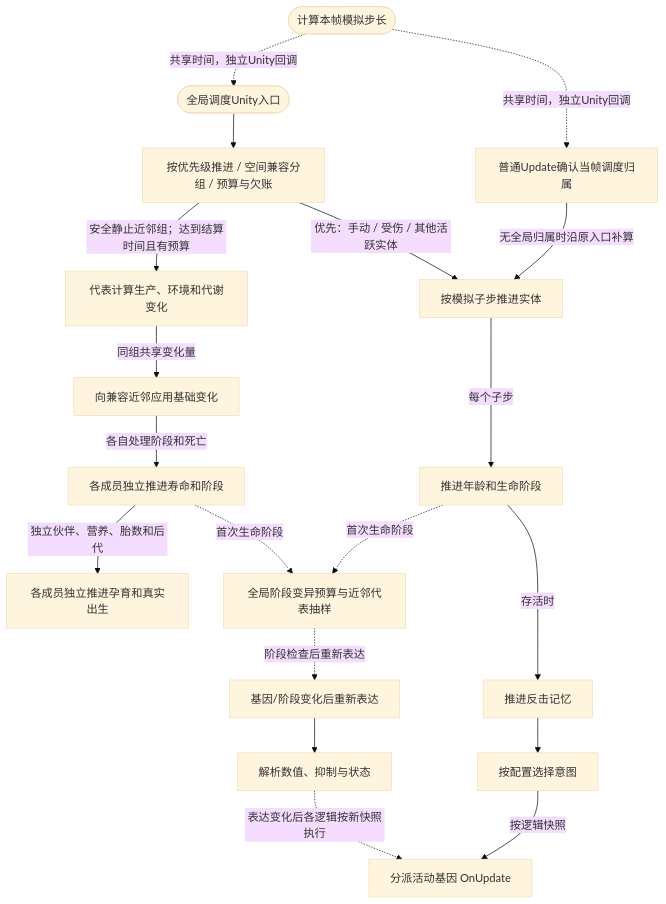
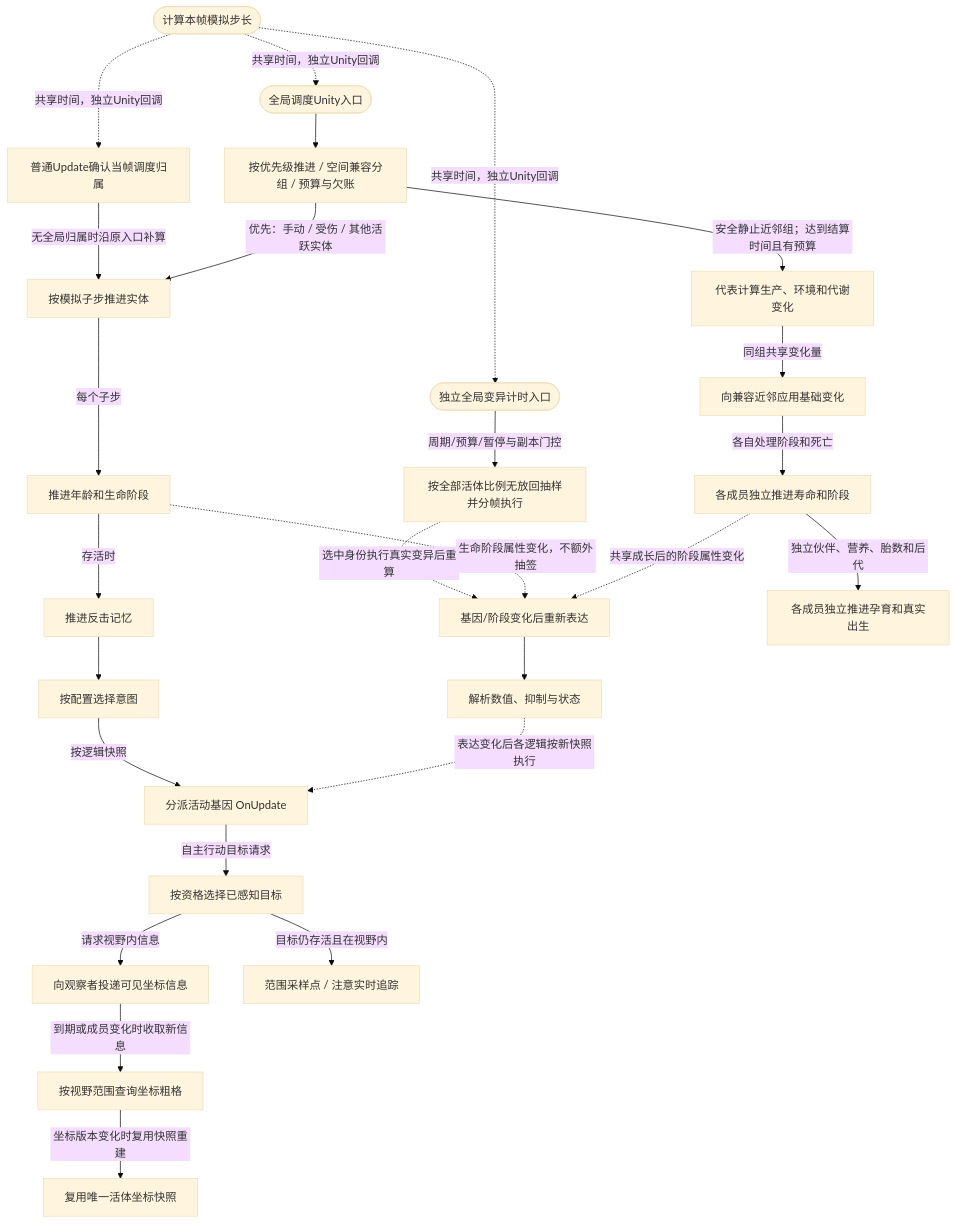
Before and after one commit to xhs6666/Darwin_paradise: the third of 12 diagrams in Docs/运行流程图/主流程.md, drawn with Mermaid (base theme). The commit also changed other lines of this file and 219 other files, not shown here.

````diff
--- a/Docs/运行流程图/主流程.md
+++ b/Docs/运行流程图/主流程.md
@@ -89,38 +89,51 @@
 ```mermaid
 flowchart TD
   n0(["计算本帧模拟步长"])
   n1["普通Update确认当帧调度归属"]
   n2["按模拟子步推进实体"]
   n3["推进年龄和生命阶段"]
   n4["推进反击记忆"]
   n5["按配置选择意图"]
   n6["分派活动基因 OnUpdate"]
   n7["基因/阶段变化后重新表达"]
   n8["解析数值、抑制与状态"]
   n9(["全局调度Unity入口"])
   n10["按优先级推进 / 空间兼容分组 / 预算与欠账"]
   n11["代表计算生产、环境和代谢变化"]
   n12["向兼容近邻应用基础变化"]
   n13["各成员独立推进寿命和阶段"]
   n14["各成员独立推进孕育和真实出生"]
-  n15["全局阶段变异预算与近邻代表抽样"]
+  n15["按全部活体比例无放回抽样并分帧执行"]
+  n16(["独立全局变异计时入口"])
+  n17["复用唯一活体坐标快照"]
+  n18["按视野范围查询坐标粗格"]
+  n19["向观察者投递可见坐标信息"]
+  n20["按资格选择已感知目标"]
+  n21["范围采样点 / 注意实时追踪"]
   n0 -. "共享时间，独立Unity回调" .-> n9
   n9 --> n10
   n0 -. "共享时间，独立Unity回调" .-> n1
   n1 -->|"无全局归属时沿原入口补算"| n2
   n10 -->|"优先：手动 / 受伤 / 其他活跃实体"| n2
   n10 -->|"安全静止近邻组；达到结算时间且有预算"| n11
   n11 -->|"同组共享变化量"| n12
   n12 -->|"各自处理阶段和死亡"| n13
   n13 -->|"独立伙伴、营养、胎数和后代"| n14
   n2 -->|"每个子步"| n3
   n3 -->|"存活时"| n4
   n4 --> n5
   n5 -->|"按逻辑快照"| n6
-  n3 -. "首次生命阶段" .-> n15
-  n13 -. "首次生命阶段" .-> n15
-  n15 -. "阶段检查后重新表达" .-> n7
+  n15 -. "选中身份执行真实变异后重算" .-> n7
   n7 --> n8
   n8 -. "表达变化后各逻辑按新快照执行" .-> n6
+  n0 -. "共享时间，独立Unity回调" .-> n16
+  n16 -->|"周期/预算/暂停与副本门控"| n15
+  n3 -. "生命阶段属性变化，不额外抽签" .-> n7
+  n13 -. "共享成长后的阶段属性变化" .-> n7
+  n6 -->|"自主行动目标请求"| n20
+  n20 -->|"请求视野内信息"| n19
+  n19 -->|"到期或成员变化时收取新信息"| n18
+  n18 -->|"坐标版本变化时复用快照重建"| n17
+  n20 -->|"目标仍存活且在视野内"| n21
 
 ```
````
